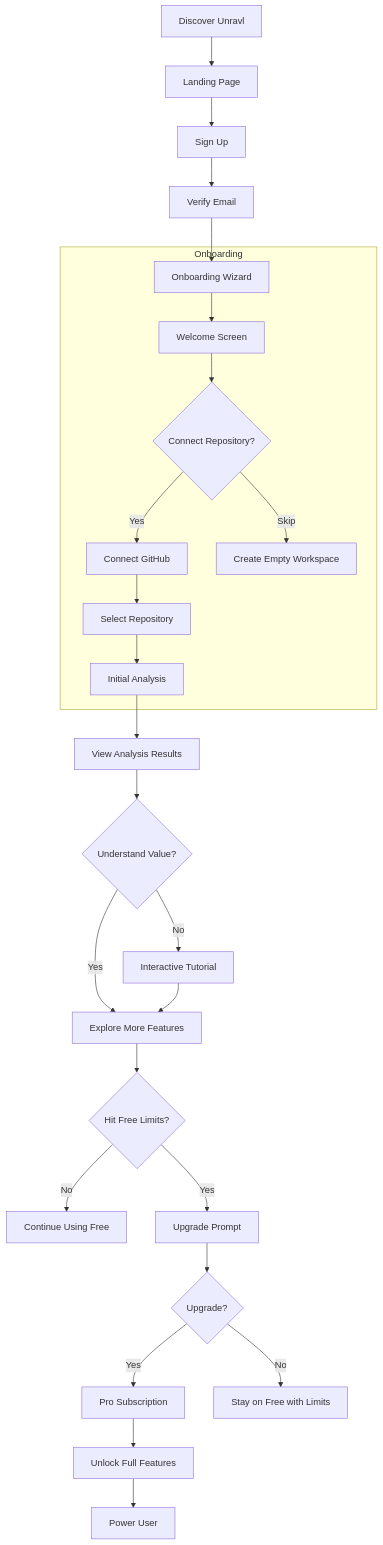
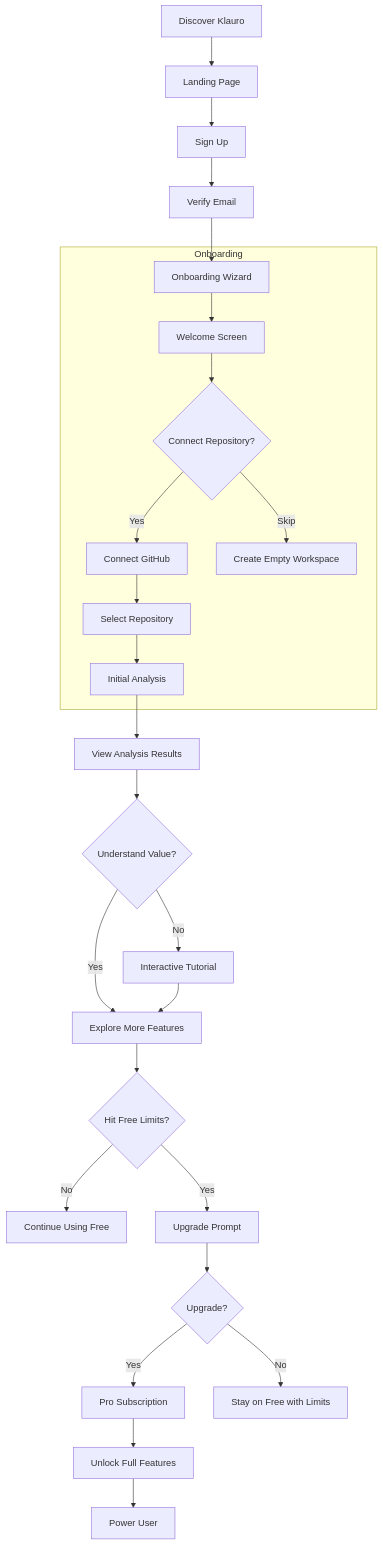
Before and after one commit to KlauroLabs/klauro-main: diagram 26 of 28 in docs/context/CRITICAL_FLOW_PATHS_VISUAL.md, drawn with Mermaid. The commit also changed other lines of this file and 784 other files, not shown here.

````diff
--- a/docs/context/CRITICAL_FLOW_PATHS_VISUAL.md
+++ b/docs/context/CRITICAL_FLOW_PATHS_VISUAL.md
@@ -856,33 +856,33 @@
 ```mermaid
 flowchart TD
-    A[Discover Unravl] --> B[Landing Page]
+    A[Discover Klauro] --> B[Landing Page]
     B --> C[Sign Up]
     C --> D[Verify Email]
     D --> E[Onboarding Wizard]
 
     subgraph Onboarding
         E --> F[Welcome Screen]
         F --> G{Connect Repository?}
         G -->|Yes| H[Connect GitHub]
         G -->|Skip| I[Create Empty Workspace]
         H --> J[Select Repository]
         J --> K[Initial Analysis]
     end
 
     K --> L[View Analysis Results]
     L --> M{Understand Value?}
 
     M -->|Yes| N[Explore More Features]
     M -->|No| O[Interactive Tutorial]
     O --> N
 
     N --> P{Hit Free Limits?}
     P -->|No| Q[Continue Using Free]
     P -->|Yes| R[Upgrade Prompt]
     R --> S{Upgrade?}
     S -->|Yes| T[Pro Subscription]
     S -->|No| U[Stay on Free with Limits]
 
     T --> V[Unlock Full Features]
     V --> W[Power User]
 ```
````
